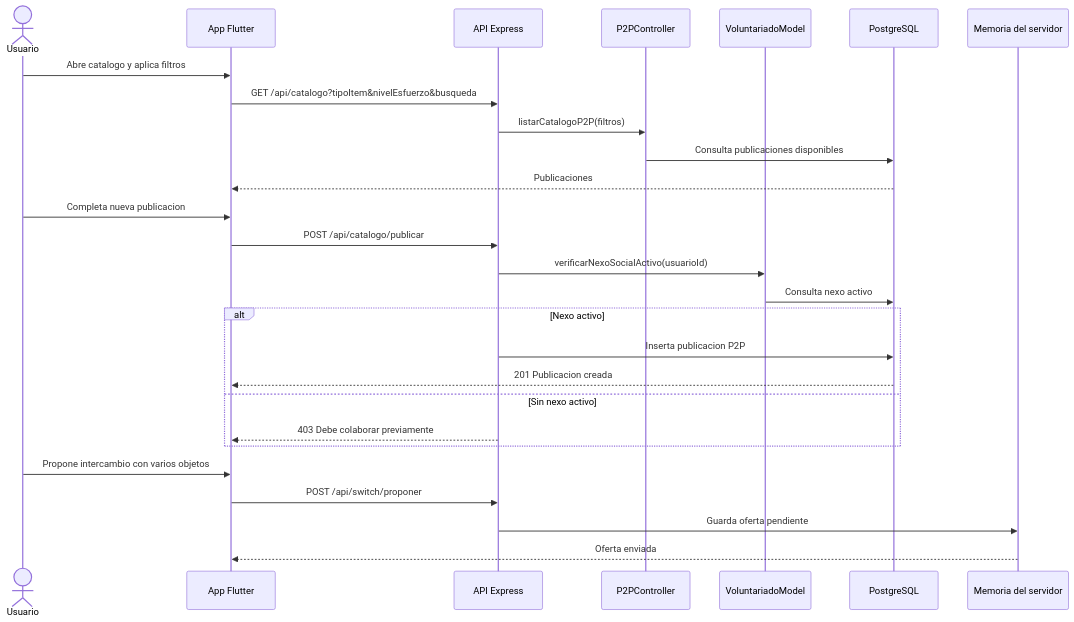
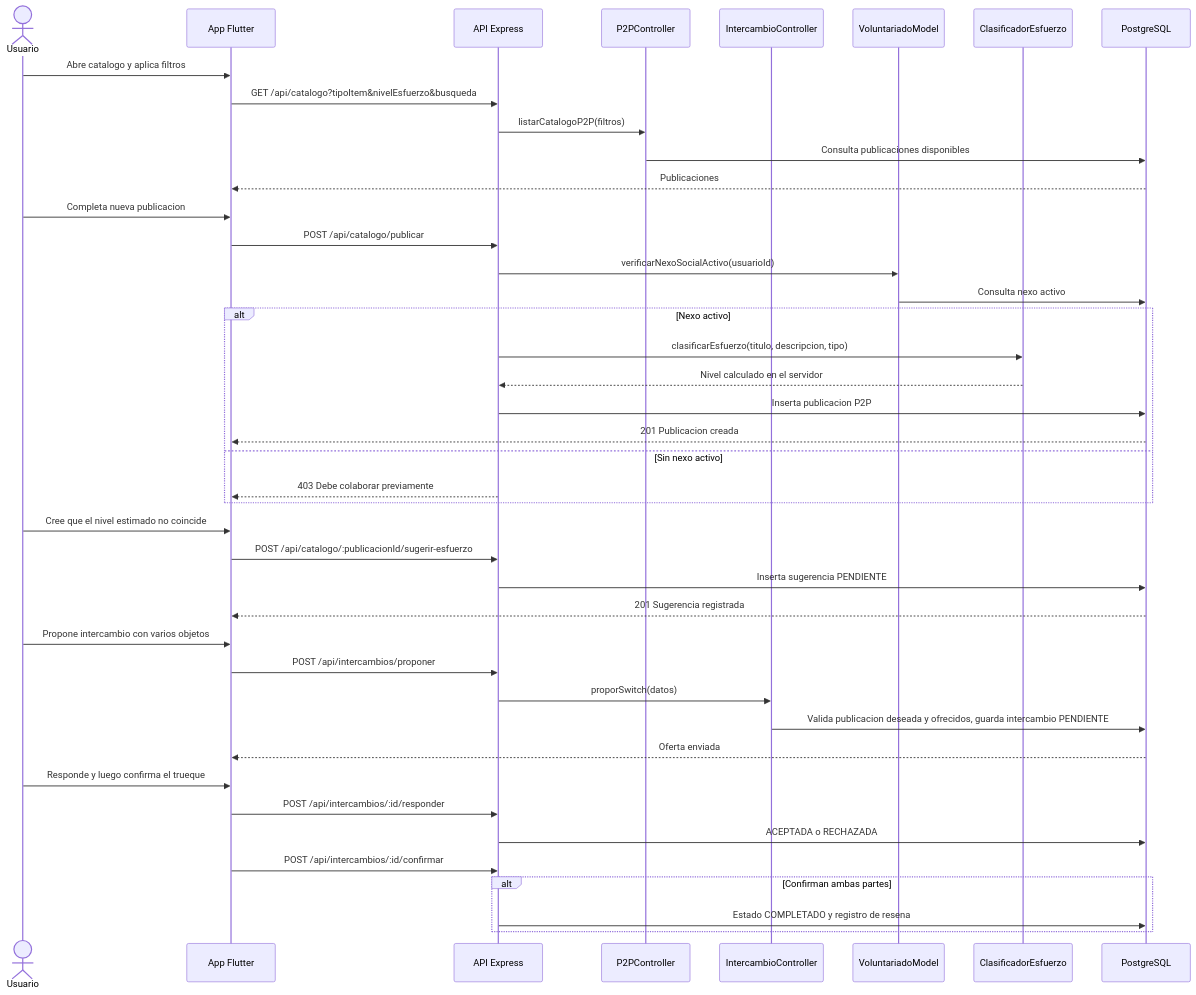
One commit to GVal24/switch changed the eighth of 11 diagrams in diagramas_mermaid_srs.md. Above: the diagram before and after it, drawn with Mermaid. The commit also changed other lines of this file and 15 other files, not shown here.

````diff
--- a/diagramas_mermaid_srs.md
+++ b/diagramas_mermaid_srs.md
@@ -264,32 +351,49 @@
 ```mermaid
 sequenceDiagram
     actor U as Usuario
     participant F as App Flutter
     participant A as API Express
     participant P as P2PController
+    participant I as IntercambioController
     participant V as VoluntariadoModel
+    participant C as ClasificadorEsfuerzo
     participant DB as PostgreSQL
-    participant M as Memoria del servidor
 
     U->>F: Abre catalogo y aplica filtros
     F->>A: GET /api/catalogo?tipoItem&nivelEsfuerzo&busqueda
     A->>P: listarCatalogoP2P(filtros)
     P->>DB: Consulta publicaciones disponibles
     DB-->>F: Publicaciones
 
     U->>F: Completa nueva publicacion
     F->>A: POST /api/catalogo/publicar
     A->>V: verificarNexoSocialActivo(usuarioId)
     V->>DB: Consulta nexo activo
     alt Nexo activo
+        A->>C: clasificarEsfuerzo(titulo, descripcion, tipo)
+        C-->>A: Nivel calculado en el servidor
         A->>DB: Inserta publicacion P2P
         DB-->>F: 201 Publicacion creada
     else Sin nexo activo
         A-->>F: 403 Debe colaborar previamente
     end
 
+    U->>F: Cree que el nivel estimado no coincide
+    F->>A: POST /api/catalogo/:publicacionId/sugerir-esfuerzo
+    A->>DB: Inserta sugerencia PENDIENTE
+    DB-->>F: 201 Sugerencia registrada
+
     U->>F: Propone intercambio con varios objetos
-    F->>A: POST /api/switch/proponer
-    A->>M: Guarda oferta pendiente
-    M-->>F: Oferta enviada
+    F->>A: POST /api/intercambios/proponer
+    A->>I: proporSwitch(datos)
+    I->>DB: Valida publicacion deseada y ofrecidos, guarda intercambio PENDIENTE
+    DB-->>F: Oferta enviada
+
+    U->>F: Responde y luego confirma el trueque
+    F->>A: POST /api/intercambios/:id/responder
+    A->>DB: ACEPTADA o RECHAZADA
+    F->>A: POST /api/intercambios/:id/confirmar
+    alt Confirman ambas partes
+        A->>DB: Estado COMPLETADO y registro de resena
+    end
 ```
````
